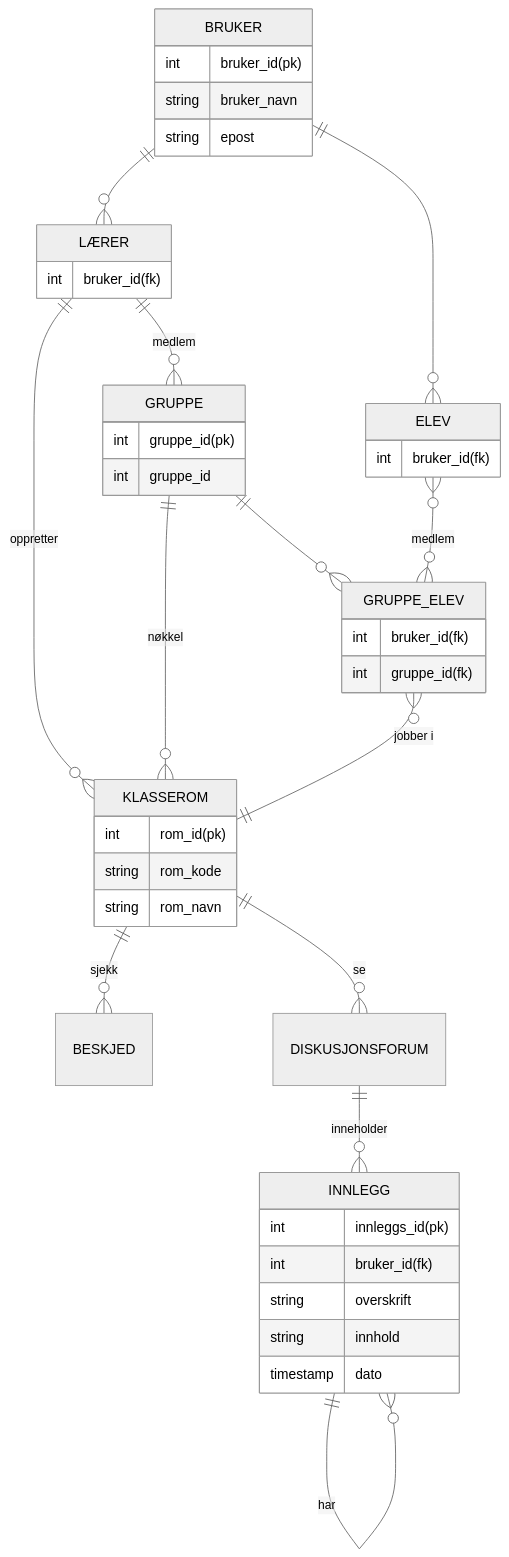
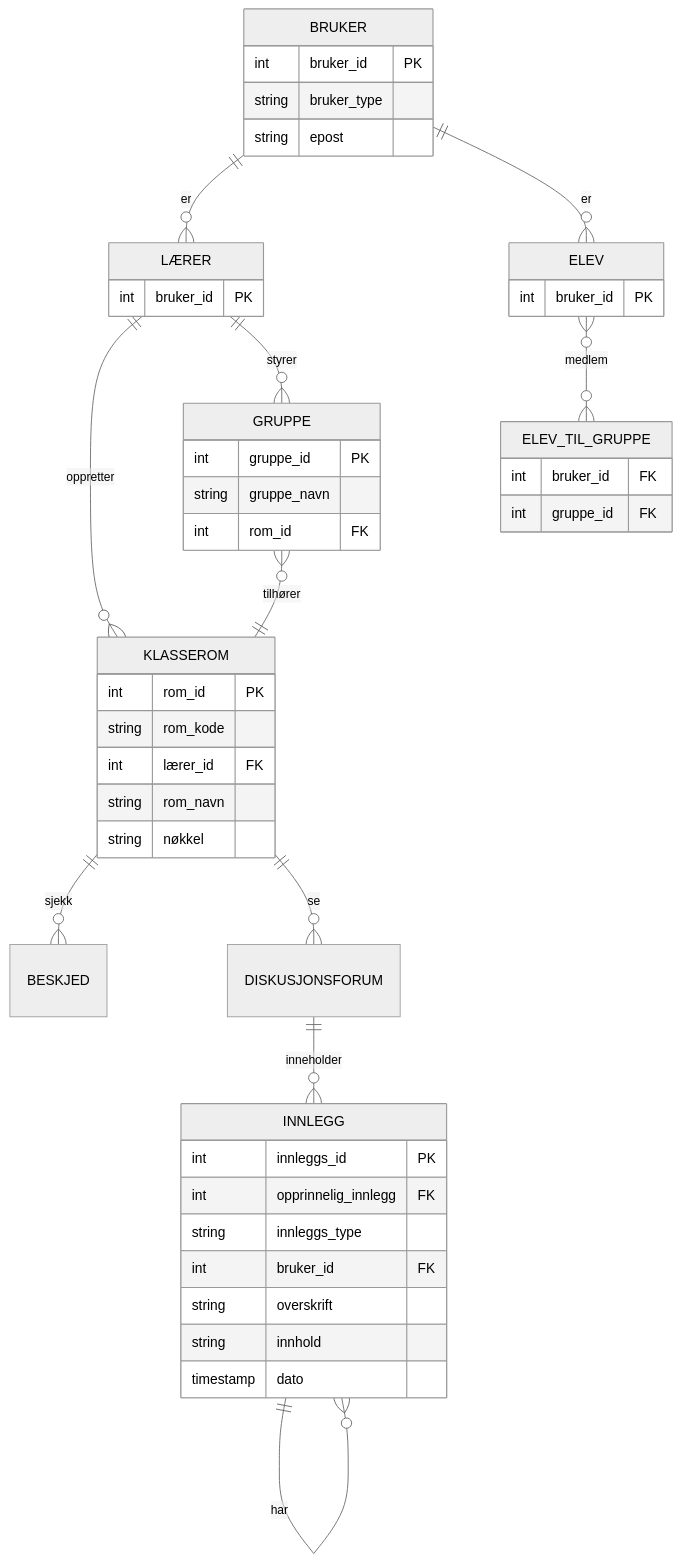
The second of 2 diagrams in OPPGAVE.md (programmerBredC/data1500-oving-04), drawn with Mermaid (neutral theme) before and after one commit. The commit also changed other lines of this file, not shown here.

````diff
--- a/OPPGAVE.md
+++ b/OPPGAVE.md
@@ -49,47 +49,49 @@
 ```mermaid
 erDiagram
 BRUKER {
-    int bruker_id(pk)
-    string bruker_navn
+    int bruker_id PK
+    string bruker_type
     string epost
     }
-    BRUKER ||--o{ LÆRER : ""
-    BRUKER ||--o{ ELEV : ""
+    BRUKER ||--o{ LÆRER : "er"
+    BRUKER ||--o{ ELEV : "er"
 ELEV {
-    int bruker_id(fk)
+    int bruker_id PK
 }
 LÆRER {
-    int bruker_id(fk)
+    int bruker_id PK
 }
 KLASSEROM {
-    int rom_id(pk)
+    int rom_id PK
     string rom_kode
+    int lærer_id FK
     string rom_navn
-}
-    ELEV }o--o{ GRUPPE_ELEV : "medlem"
-    GRUPPE ||--o{ KLASSEROM :"nøkkel"
-    GRUPPE_ELEV }o--||KLASSEROM :"jobber i"
-
-GRUPPE_ELEV {
-    int bruker_id(fk)
-    int gruppe_id(fk)
+    string nøkkel
 }
 GRUPPE {
-    int gruppe_id(pk)
-    int gruppe_id
+    int gruppe_id PK
+    string gruppe_navn
+    int rom_id FK
 }
-    GRUPPE ||--o{ GRUPPE_ELEV: ""
+ELEV_TIL_GRUPPE {
+    int bruker_id FK
+    int gruppe_id FK
+}
+    ELEV }o--o{ ELEV_TIL_GRUPPE : "medlem"
+    GRUPPE }o--|| KLASSEROM : "tilhører"
     LÆRER ||--o{ KLASSEROM : "oppretter"
-    LÆRER ||--o{ GRUPPE : "medlem"
+    LÆRER ||--o{ GRUPPE : "styrer"
     KLASSEROM ||--o{ BESKJED : "sjekk"
     KLASSEROM ||--o{ DISKUSJONSFORUM : "se"
     DISKUSJONSFORUM ||--o{ INNLEGG : "inneholder"
 INNLEGG {
-    int innleggs_id(pk)
-    int bruker_id(fk)
+    int innleggs_id PK
+    int opprinnelig_innlegg FK
+    string innleggs_type
+    int bruker_id FK
     string overskrift
     string innhold
     timestamp dato
 }
     INNLEGG ||--o{ INNLEGG : har
 ```
````
